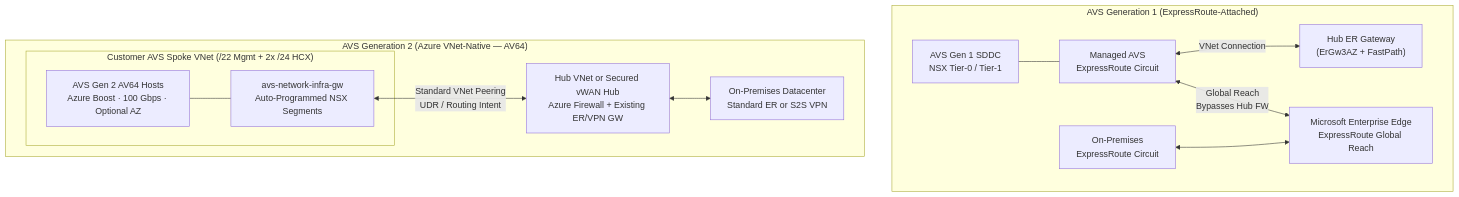
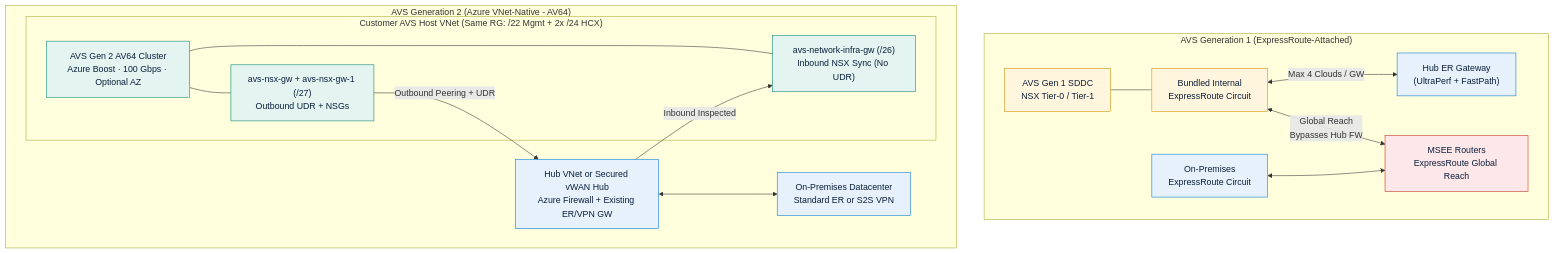
Before and after one commit to jonathan-vella/azure-networking: the first of 3 diagrams in src/content/docs/05-workload-networking/avs-networking.md, drawn with Mermaid. The commit also changed other lines of this file and 5 other files, not shown here.

Commit message:
docs(workloads): verify AKS, AVS Gen 1/2, Foundry & Fabric networking and add SVG diagrams

````diff
--- a/src/content/docs/05-workload-networking/avs-networking.md
+++ b/src/content/docs/05-workload-networking/avs-networking.md
@@ -32,30 +40,38 @@
 ```mermaid
 flowchart TB
+  classDef gen1 fill:#FFF6DD,stroke:#D18B00,color:#0B1F3A
+  classDef gen2 fill:#E3F4F1,stroke:#008272,color:#0B1F3A
+  classDef hub fill:#E6F1FB,stroke:#0078D4,color:#0B1F3A
+  classDef alert fill:#FDE7E9,stroke:#C42B1C,color:#0B1F3A
+
   subgraph Gen1["AVS Generation 1 (ExpressRoute-Attached)"]
     direction LR
-    G1SDDC["AVS Gen 1 SDDC<br/>NSX Tier-0 / Tier-1"]
-    G1ER["Managed AVS<br/>ExpressRoute Circuit"]
-    MSEE["Microsoft Enterprise Edge<br/>ExpressRoute Global Reach"]
-    OnPremER1["On-Premises<br/>ExpressRoute Circuit"]
-    HubGW1["Hub ER Gateway<br/>(ErGw3AZ + FastPath)"]
+    G1SDDC["AVS Gen 1 SDDC<br/>NSX Tier-0 / Tier-1"]:::gen1
+    G1ER["Bundled Internal<br/>ExpressRoute Circuit"]:::gen1
+    MSEE["MSEE Routers<br/>ExpressRoute Global Reach"]:::alert
+    OnPremER1["On-Premises<br/>ExpressRoute Circuit"]:::hub
+    HubGW1["Hub ER Gateway<br/>(UltraPerf + FastPath)"]:::hub
 
     G1SDDC --- G1ER
-    G1ER <-->|VNet Connection| HubGW1
+    G1ER <-->|Max 4 Clouds / GW| HubGW1
     G1ER <-->|Global Reach<br/>Bypasses Hub FW| MSEE
     OnPremER1 <--> MSEE
   end
 
-  subgraph Gen2["AVS Generation 2 (Azure VNet-Native — AV64)"]
+  subgraph Gen2["AVS Generation 2 (Azure VNet-Native - AV64)"]
     direction LR
-    subgraph AVSVNet["Customer AVS Spoke VNet (/22 Mgmt + 2x /24 HCX)"]
-      G2SDDC["AVS Gen 2 AV64 Hosts<br/>Azure Boost · 100 Gbps · Optional AZ"]
-      InfraGW["avs-network-infra-gw<br/>Auto-Programmed NSX Segments"]
+    subgraph AVSVNet["Customer AVS Host VNet (Same RG: /22 Mgmt + 2x /24 HCX)"]
+      G2SDDC["AVS Gen 2 AV64 Cluster<br/>Azure Boost · 100 Gbps · Optional AZ"]:::gen2
+      InfraGW["avs-network-infra-gw (/26)<br/>Inbound NSX Sync (No UDR)"]:::gen2
+      NSXGW["avs-nsx-gw + avs-nsx-gw-1 (/27)<br/>Outbound UDR + NSGs"]:::gen2
       G2SDDC --- InfraGW
+      G2SDDC --- NSXGW
     end
-    Hub2["Hub VNet or Secured vWAN Hub<br/>Azure Firewall + Existing ER/VPN GW"]
-    OnPrem2["On-Premises Datacenter<br/>Standard ER or S2S VPN"]
+    Hub2["Hub VNet or Secured vWAN Hub<br/>Azure Firewall + Existing ER/VPN GW"]:::hub
+    OnPrem2["On-Premises Datacenter<br/>Standard ER or S2S VPN"]:::hub
 
-    InfraGW <-->|Standard VNet Peering<br/>UDR / Routing Intent| Hub2
+    NSXGW -->|Outbound Peering + UDR| Hub2
+    Hub2 -->|Inbound Inspected| InfraGW
     Hub2 <--> OnPrem2
   end
 ```
````
